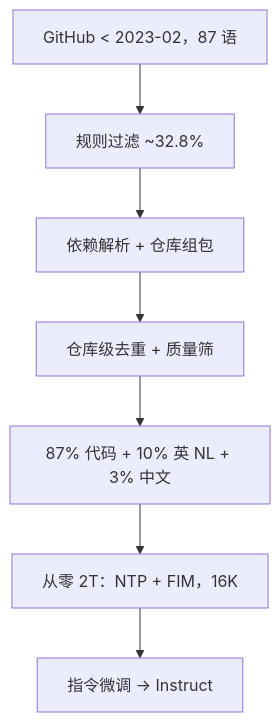
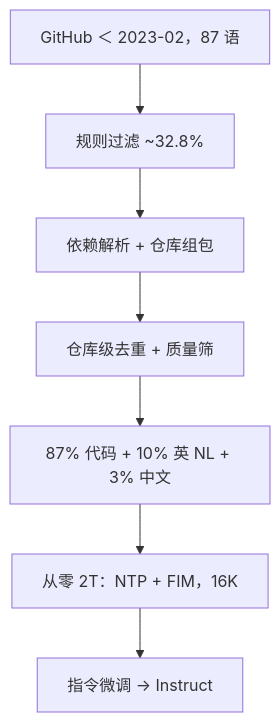
The diagram in docs/llm/deepseek-coder.md (xhongduo-tech/xhongduo-tech.github.io), drawn with Mermaid before and after one commit. The commit also changed 772 other files, not shown here.

````diff
--- a/docs/llm/deepseek-coder.md
+++ b/docs/llm/deepseek-coder.md
@@ -36,9 +36,9 @@
 ```mermaid
 flowchart TD
-  GH["GitHub < 2023-02，87 语"] --> FIL["规则过滤 ~32.8%"]
+  GH["GitHub ＜ 2023-02，87 语"] --> FIL["规则过滤 ~32.8%"]
   FIL --> DEP["依赖解析 + 仓库组包"]
   DEP --> DED["仓库级去重 + 质量筛"]
   DED --> MIX["87% 代码 + 10% 英 NL + 3% 中文"]
   MIX --> PT["从零 2T：NTP + FIM，16K"]
   PT --> INS["指令微调 → Instruct"]
 ```
````
